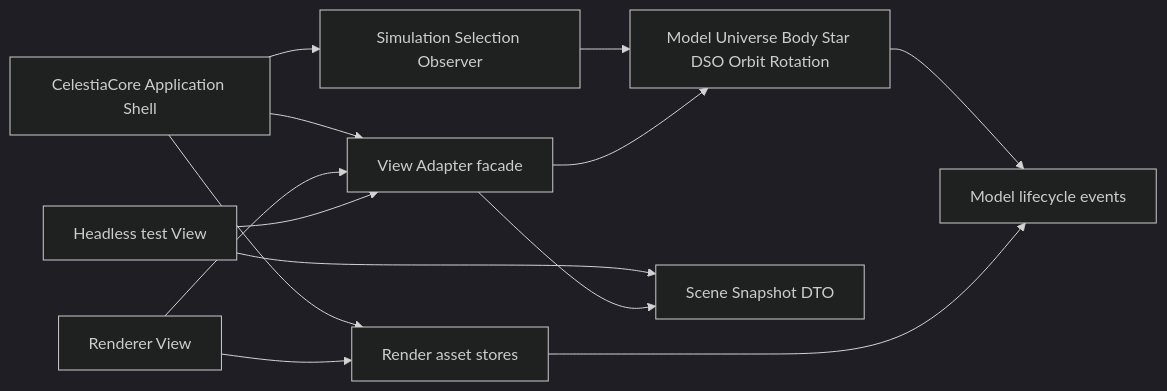
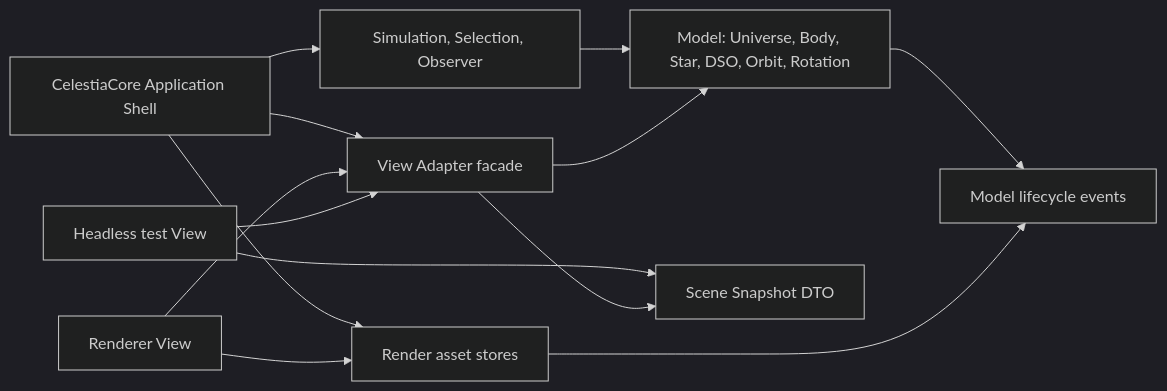
One commit to wgwtest/Celestia changed the diagram in DOC/CODEX_DOC/04_研制计划/14-WBS-0.14-Celestia标准MVC解耦-Step2落地方案.md. Above: the diagram before and after it, drawn with Mermaid (dark theme). The commit also changed other lines of this file and 2 other files, not shown here.

````diff
--- a/DOC/CODEX_DOC/04_研制计划/14-WBS-0.14-Celestia标准MVC解耦-Step2落地方案.md
+++ b/DOC/CODEX_DOC/04_研制计划/14-WBS-0.14-Celestia标准MVC解耦-Step2落地方案.md
@@ -59,15 +106,15 @@
 ```mermaid
 graph LR
-    Model[Model Universe Body Star DSO Orbit Rotation] --> ModelEvents[Model lifecycle events]
-    Controller[Simulation Selection Observer] --> Model
-    Shell[CelestiaCore Application Shell] --> Controller
-    Shell --> RenderAssets[Render asset stores]
-    Shell --> ViewAdapter[View Adapter facade]
-    Renderer[Renderer View] --> ViewAdapter
-    HeadlessView[Headless test View] --> ViewAdapter
+    Model["Model: Universe, Body, Star, DSO, Orbit, Rotation"] --> ModelEvents["Model lifecycle events"]
+    Controller["Simulation, Selection, Observer"] --> Model
+    Shell["CelestiaCore Application Shell"] --> Controller
+    Shell --> RenderAssets["Render asset stores"]
+    Shell --> ViewAdapter["View Adapter facade"]
+    Renderer["Renderer View"] --> ViewAdapter
+    HeadlessView["Headless test View"] --> ViewAdapter
     ViewAdapter --> Model
     RenderAssets --> ModelEvents
     Renderer --> RenderAssets
-    HeadlessView --> Snapshot[Scene Snapshot DTO]
+    HeadlessView --> Snapshot["Scene Snapshot DTO"]
     ViewAdapter --> Snapshot
 ```
````
